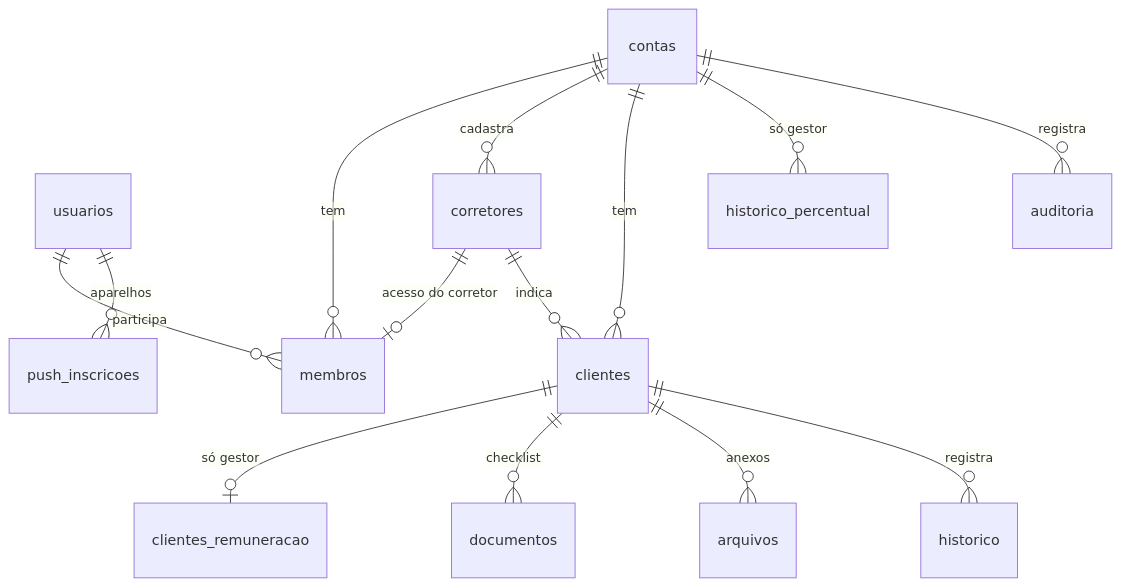
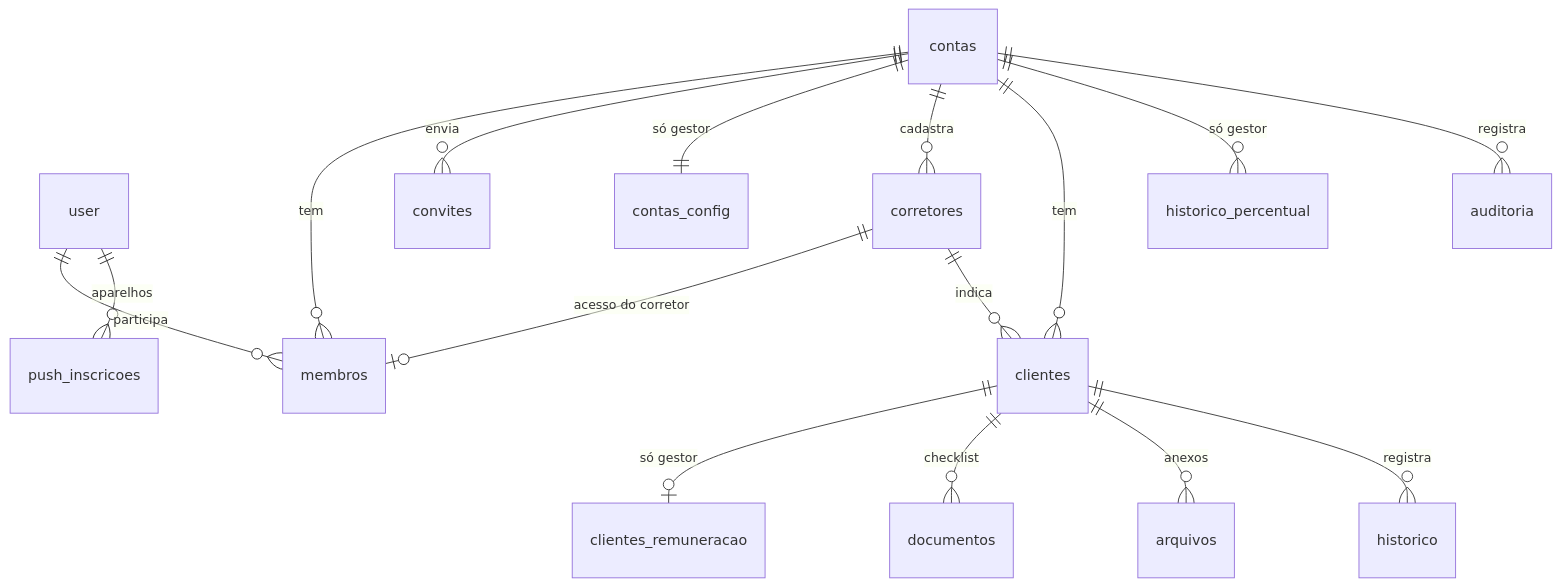
One commit to 77mdias/central-do-correspondente changed the diagram in docs/MODELO-DE-DADOS.md. Above: the diagram before and after it, drawn with Mermaid. The commit also changed other lines of this file and 7 other files, not shown here.

````diff
--- a/docs/MODELO-DE-DADOS.md
+++ b/docs/MODELO-DE-DADOS.md
@@ -9,16 +9,18 @@
 ```mermaid
 erDiagram
     contas ||--o{ membros : tem
-    usuarios ||--o{ membros : participa
+    user ||--o{ membros : participa
+    contas ||--o{ convites : envia
+    contas ||--|| contas_config : "só gestor"
     contas ||--o{ corretores : cadastra
     corretores ||--o| membros : "acesso do corretor"
     contas ||--o{ clientes : tem
     corretores ||--o{ clientes : indica
     clientes ||--o| clientes_remuneracao : "só gestor"
     clientes ||--o{ documentos : checklist
     clientes ||--o{ arquivos : anexos
     clientes ||--o{ historico : registra
     contas ||--o{ historico_percentual : "só gestor"
     contas ||--o{ auditoria : registra
-    usuarios ||--o{ push_inscricoes : aparelhos
+    user ||--o{ push_inscricoes : aparelhos
 ```
````
